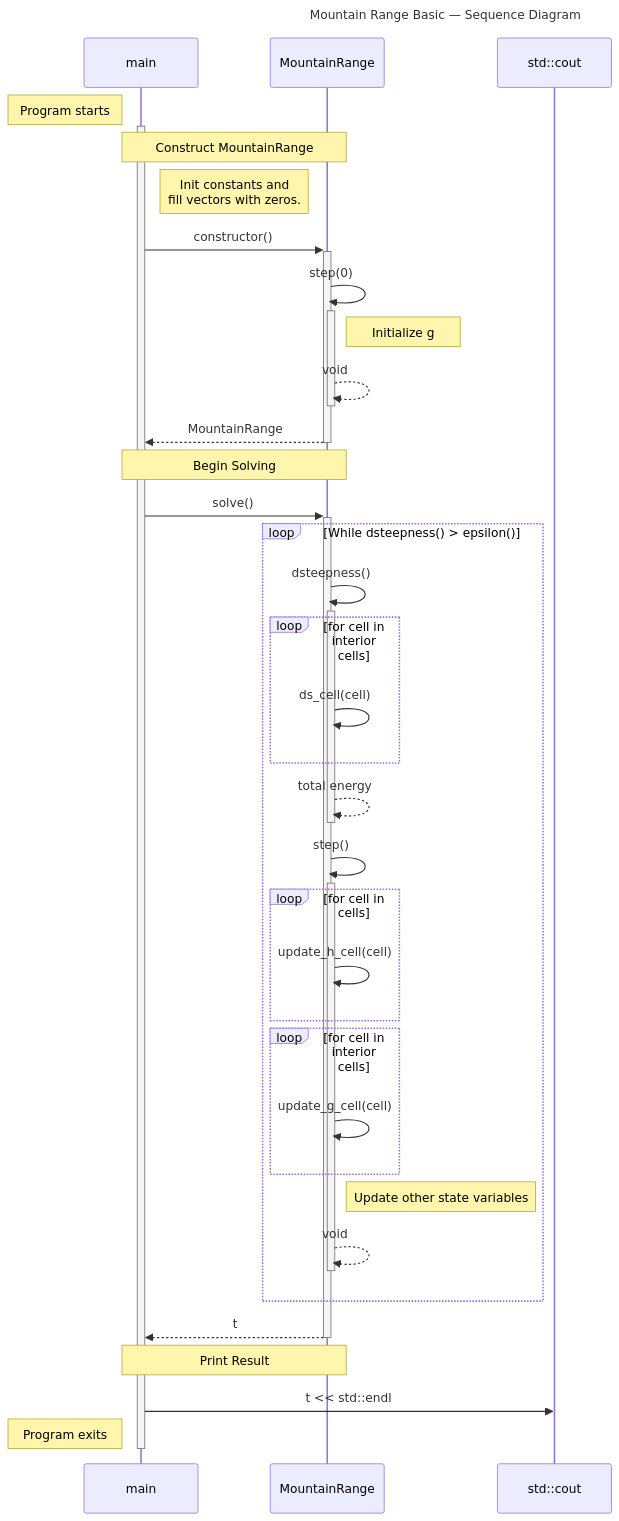
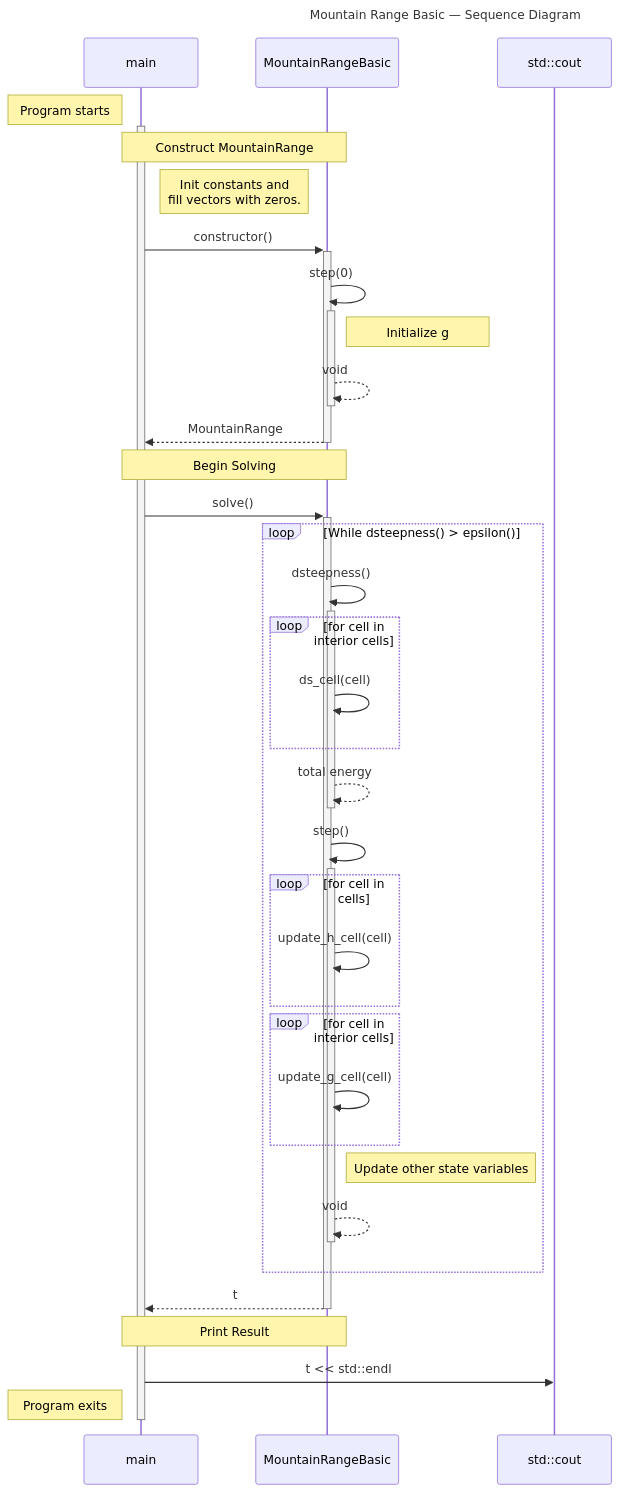
One commit to BYUHPC/sci-comp-course-example-cxx changed the diagram in docs/MountainRangeBasic-sequence-diagram.md. Above: the diagram before and after it, drawn with Mermaid. The commit also changed 1 other file, not shown here.

Commit message:
Update other references to MountainRangeBasic

````diff
--- a/docs/MountainRangeBasic-sequence-diagram.md
+++ b/docs/MountainRangeBasic-sequence-diagram.md
@@ -32,74 +32,74 @@
 ```mermaid
 ---
 title: Mountain Range Basic — Sequence Diagram
 ---
 
 sequenceDiagram
 
 participant main
-participant MR as MountainRange
+participant MR as MountainRangeBasic
 participant cout as std::cout
 
 note left of main: Program starts
 activate main
 
 %% Initialize MountainRange
 note over main,MR: Construct MountainRange
 note right of main: Init constants and<br>fill vectors with zeros.
 main->>+MR: constructor()
     MR->>+MR: step(0)
     note right of MR: Initialize g
     MR-->>-MR: void
 MR-->>-main: MountainRange
 %% End construct MountainRange
 
 %% Call Solve
 note over main,MR: Begin Solving
 main->>+MR: solve()
 
     %% Begin solve loop
     loop While dsteepness() > epsilon()
 
         %% Evaluate steepness
         MR->>+MR: dsteepness()
             loop for cell in interior cells
                 MR->>MR: ds_cell(cell)
             end
         MR-->>-MR: total energy
         %% End steepness calculation
 
         %% Perform step
         MR->>+MR: step()
 
             %% Update h cells
             loop for cell in cells
                 MR->>MR: update_h_cell(cell)
             end
             %% End update h cells
 
             %% Update g cells
             loop for cell in interior cells
                 MR->>MR: update_g_cell(cell)
             end
             %% End update g cells
 
             %% Update other state variables
             note right of MR: Update other state variables
 
         MR-->>-MR: void
         %% End step
 
     end
     %% End solve loop
 
 MR-->>-main: t
 %% End solve
 
 %% Print result
 note over main,MR: Print Result
 main->>cout: t << std::endl
 %% End print
 
 note left of main: Program exits
 deactivate main
 ```
````
